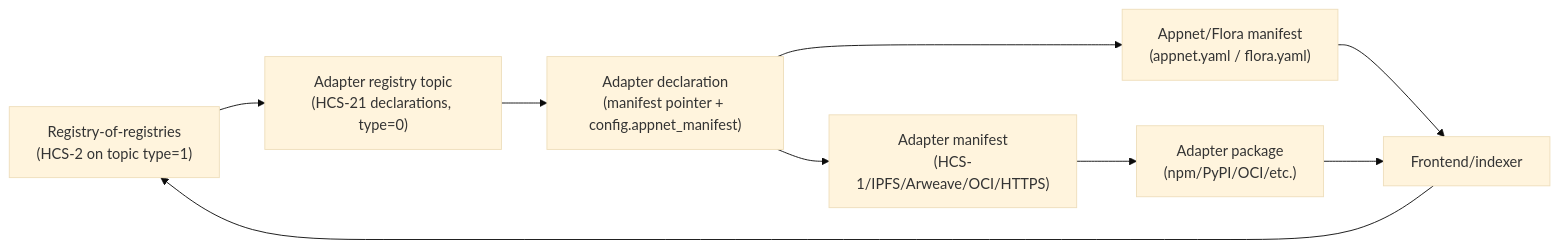
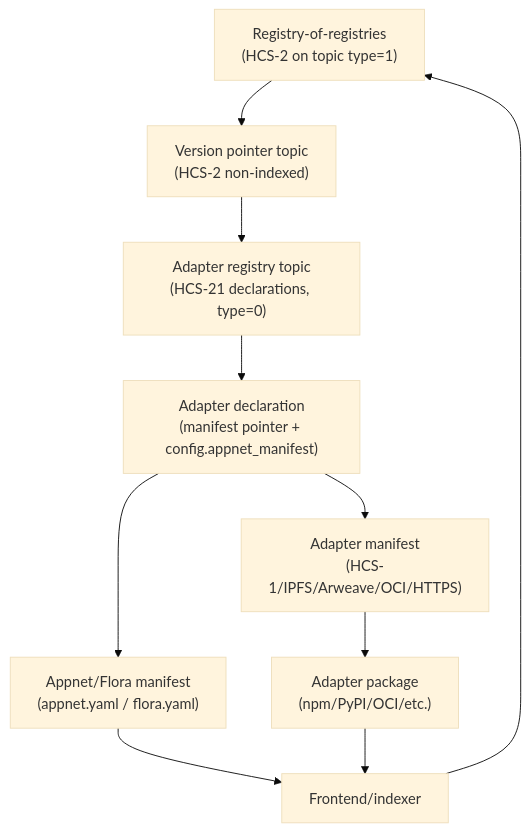
Before and after one commit to hashgraph-online/hcs-improvement-proposals: the fifth of 6 diagrams in docs/standards/hcs-21.md, drawn with Mermaid (base theme). The commit also changed other lines of this file and 17 other files, not shown here.

````diff
--- a/docs/standards/hcs-21.md
+++ b/docs/standards/hcs-21.md
@@ -548,20 +589,22 @@
 ```mermaid
-flowchart LR
+flowchart TB
   ROR["Registry-of-registries<br/>(HCS-2 on topic type=1)"]
+  PTR["Version pointer topic<br/>(HCS-2 non-indexed)"]
   REG["Adapter registry topic<br/>(HCS-21 declarations, type=0)"]
   DEC["Adapter declaration<br/>(manifest pointer + config.appnet_manifest)"]
   MAN["Adapter manifest<br/>(HCS-1/IPFS/Arweave/OCI/HTTPS)"]
   APPNET["Appnet/Flora manifest<br/>(appnet.yaml / flora.yaml)"]
   PKG["Adapter package<br/>(npm/PyPI/OCI/etc.)"]
 
   FE["Frontend/indexer"]
 
   FE --> ROR
-  ROR --> REG
+  ROR --> PTR
+  PTR --> REG
   REG --> DEC
   DEC --> MAN
   DEC --> APPNET
   MAN --> PKG
   APPNET --> FE
   PKG --> FE
 ```
````
